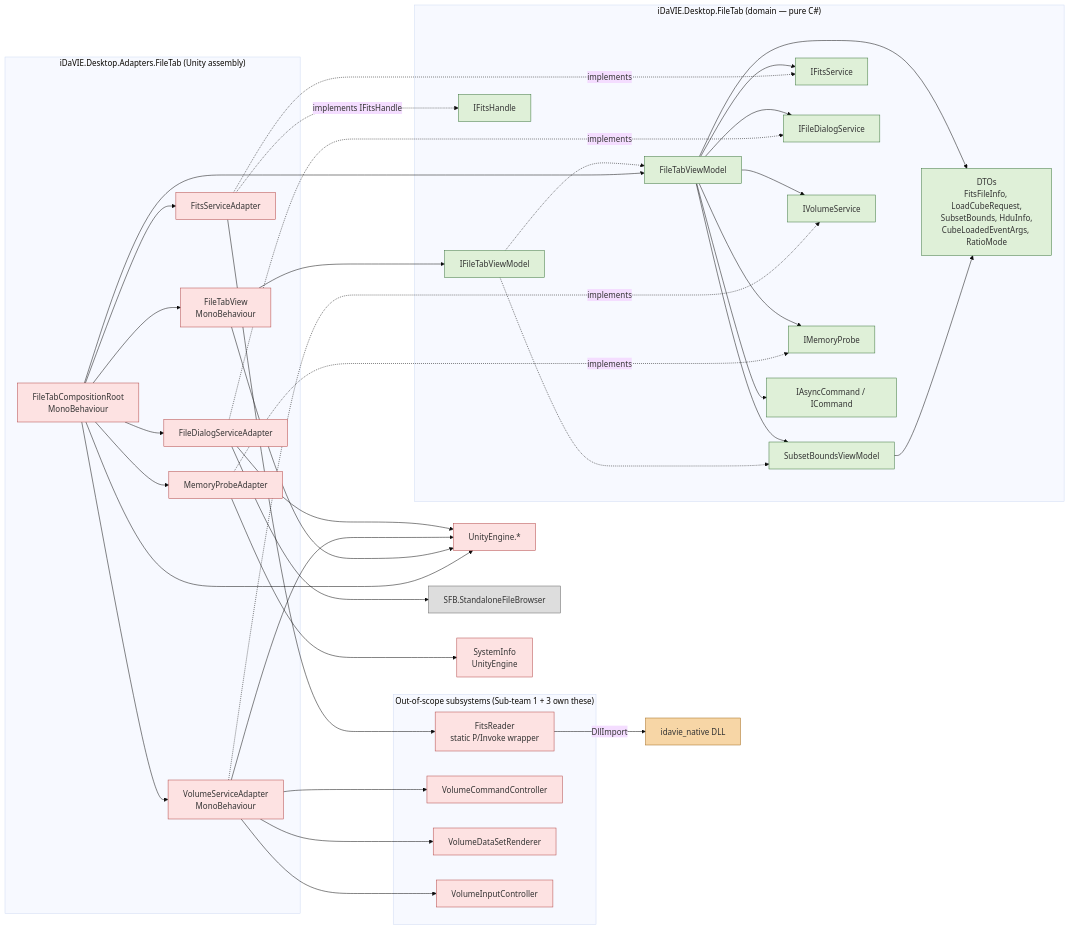
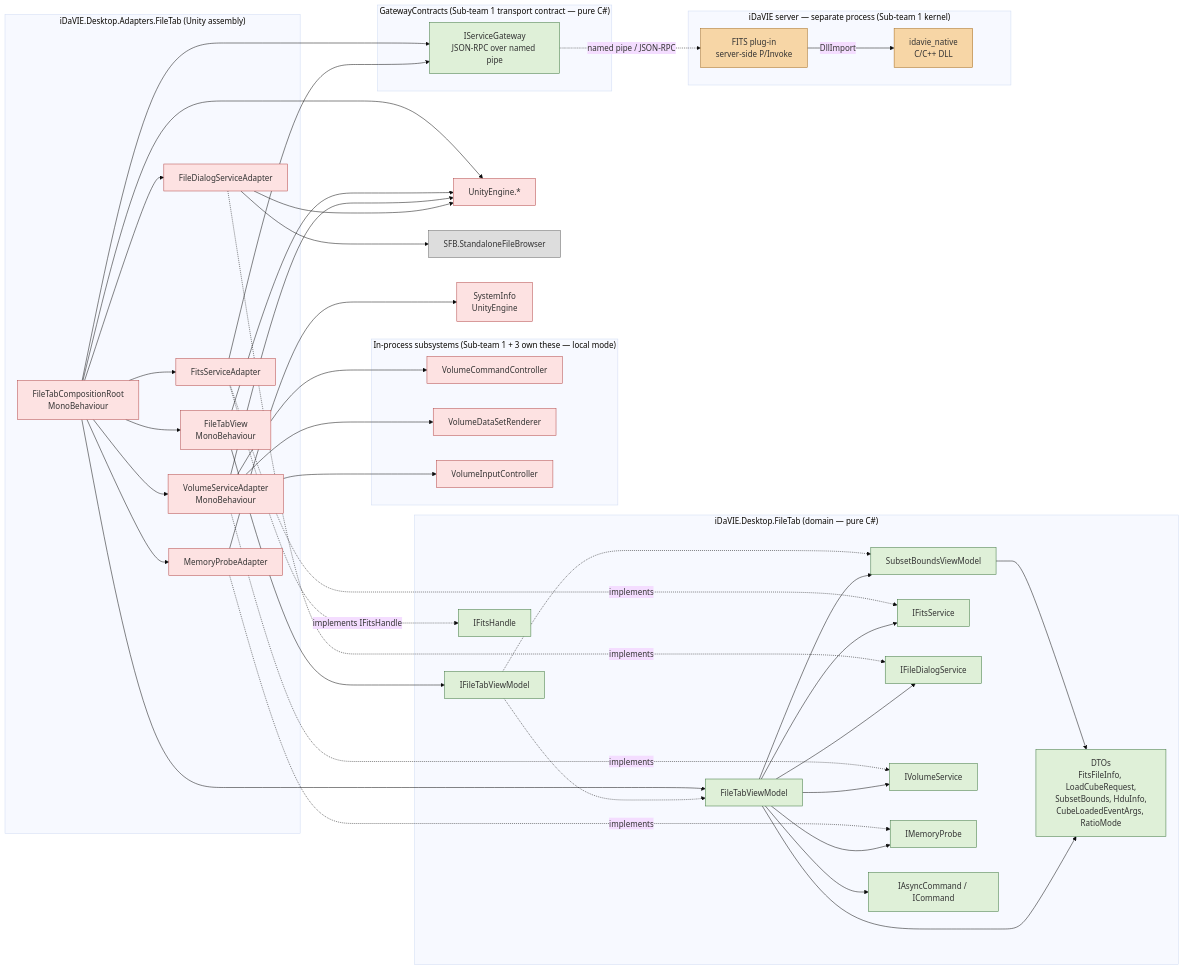
One commit to david-bol12/iDaVIE---Team-Alpha changed the second of 2 diagrams in refactoring-examples/sub-team-6/file-tab/dependency-graph.md. Above: the diagram before and after it, drawn with Mermaid (base theme). The commit also changed other lines of this file and 6 other files, not shown here.

```diff
--- a/refactoring-examples/sub-team-6/file-tab/dependency-graph.md
+++ b/refactoring-examples/sub-team-6/file-tab/dependency-graph.md
@@ -103,16 +103,23 @@
         MPA[MemoryProbeAdapter]:::unity
     end
 
-    subgraph SubsystemAsm["Out-of-scope subsystems (Sub-team 1 + 3 own these)"]
-        FR[FitsReader<br/>static P/Invoke wrapper]:::unity
+    subgraph SubsystemAsm["In-process subsystems (Sub-team 1 + 3 own these — local mode)"]
         VCC[VolumeCommandController]:::unity
         VDSR[VolumeDataSetRenderer]:::unity
         VIC[VolumeInputController]:::unity
     end
 
+    subgraph ContractsAsm["GatewayContracts (Sub-team 1 transport contract — pure C#)"]
+        GW[IServiceGateway<br/>JSON-RPC over named pipe]:::domain
+    end
+
+    subgraph ServerAsm["iDaVIE server — separate process (Sub-team 1 kernel)"]
+        FRS[FITS plug-in<br/>server-side P/Invoke]:::native
+        Native[idavie_native<br/>C/C++ DLL]:::native
+    end
+
     UE[UnityEngine.*]:::unity
     SFB[SFB.StandaloneFileBrowser]:::external
-    Native[idavie_native DLL]:::native
 
     %% Domain → Domain (allowed)
     FTVM --> IFS
@@ -135,7 +142,7 @@
     FTV  --> IFTVM
 
     %% Adapter → external (allowed; this is what adapters are for)
-    FSA --> FR
+    FSA --> GW
     FDA --> SFB
     FDA --> UE
     VSA --> VCC
@@ -145,7 +152,9 @@
     MPA --> SysInfo[SystemInfo<br/>UnityEngine]:::unity
     FTV --> UE
     FTCR --> UE
-    FR  -->|DllImport| Native
+    FTCR --> GW
+    GW  -.->|named pipe / JSON-RPC| FRS
+    FRS -->|DllImport| Native
 
     %% Composition root is the ONLY edge from Adapters that touches concrete Domain classes
     FTCR --> FTVM
```
